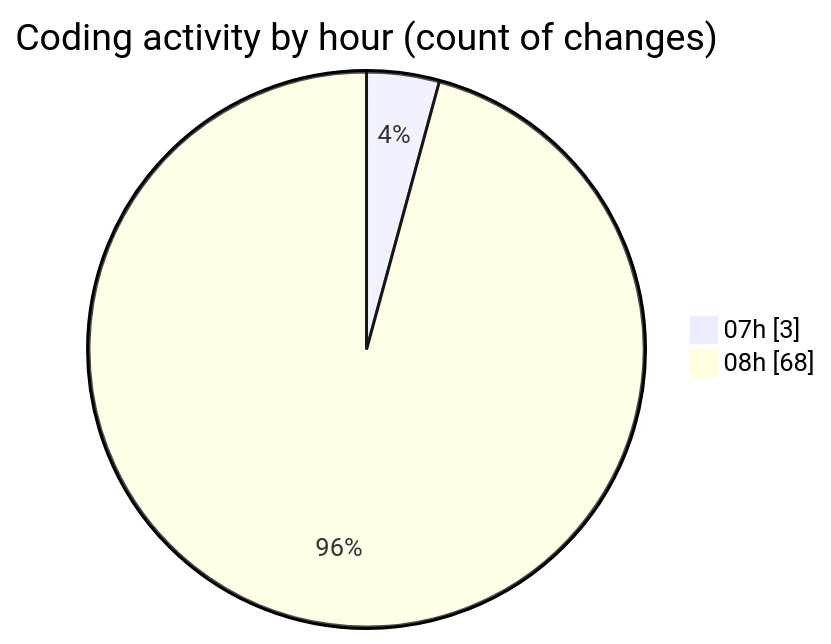
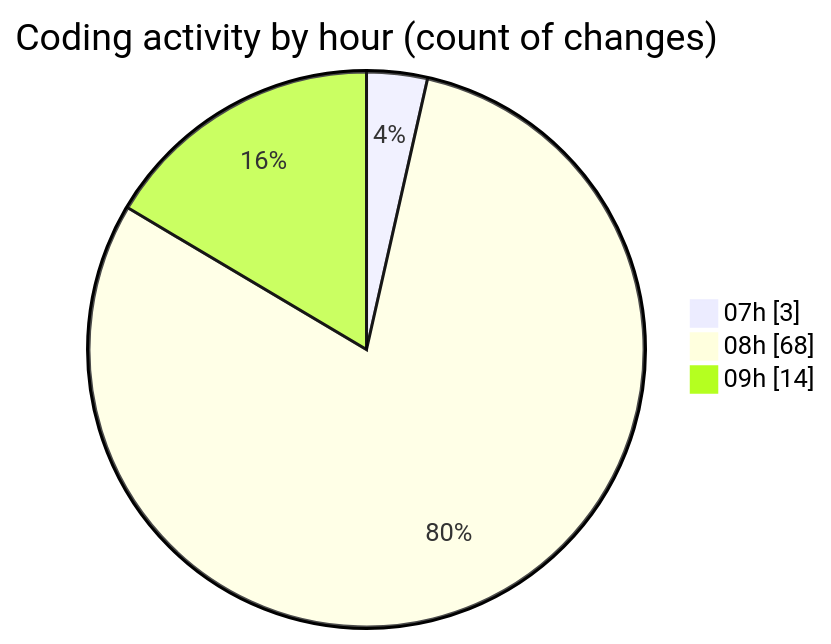
The second of 2 diagrams in 2025-07-10/toolsopenemalpass/README.md (lephambinh05/code-tracking), drawn with Mermaid before and after one commit. The commit also changed other lines of this file and 1 other file, not shown here.

````diff
--- a/2025-07-10/toolsopenemalpass/README.md
+++ b/2025-07-10/toolsopenemalpass/README.md
@@ -63,6 +69,7 @@
 ```mermaid
 pie showData
 title Coding activity by hour (count of changes)
 "07h" : 3
 "08h" : 68
+"09h" : 14
 ```
````
